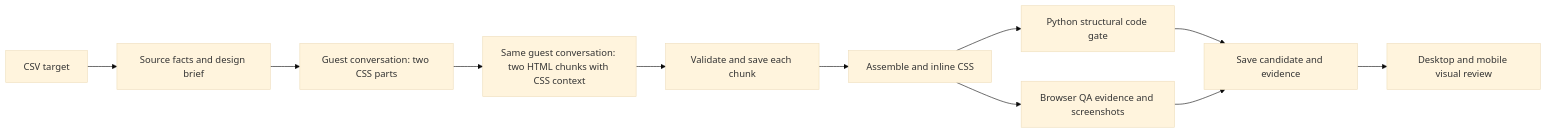
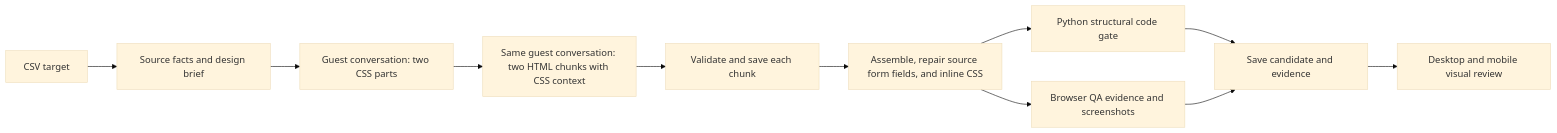
The diagram in chatgpt_automation/README.md (hometownredesignsites/git-content), drawn with Mermaid (base theme) before and after one commit. The commit also changed other lines of this file and 4 other files, not shown here.

Commit message:
Repair source contact fields before candidate QA

````diff
--- a/chatgpt_automation/README.md
+++ b/chatgpt_automation/README.md
@@ -5,13 +5,13 @@
 ```mermaid
 flowchart LR
   A[CSV target] --> B[Source facts and design brief]
   B --> C[Guest conversation: two CSS parts]
   C --> D[Same guest conversation: two HTML chunks with CSS context]
   D --> E[Validate and save each chunk]
-  E --> F[Assemble and inline CSS]
+  E --> F[Assemble, repair source form fields, and inline CSS]
   F --> G[Python structural code gate]
   F --> H[Browser QA evidence and screenshots]
   G --> I[Save candidate and evidence]
   H --> I
   I --> J[Desktop and mobile visual review]
 ```
````
